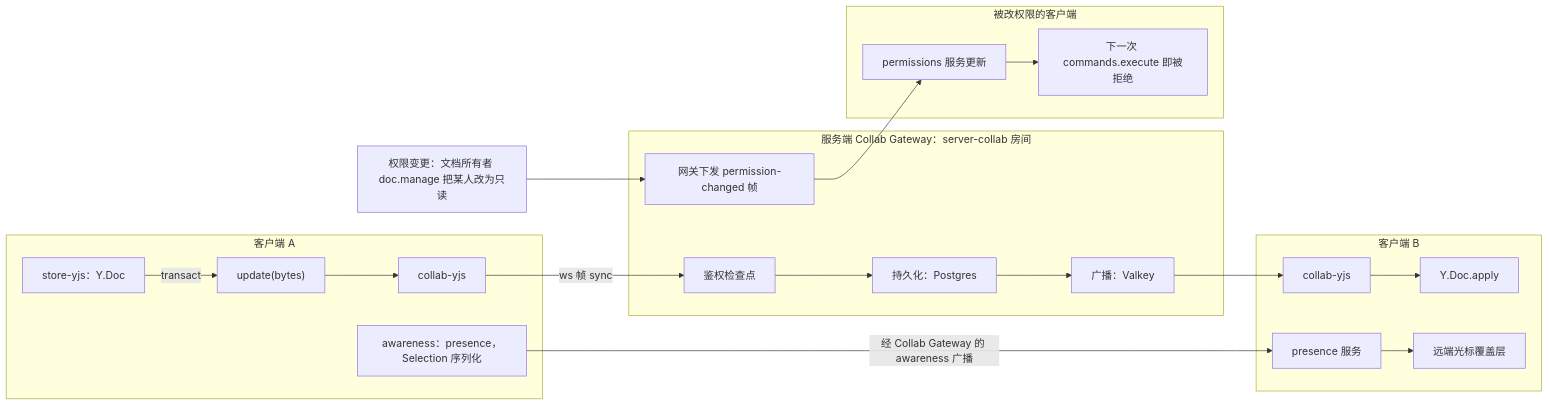
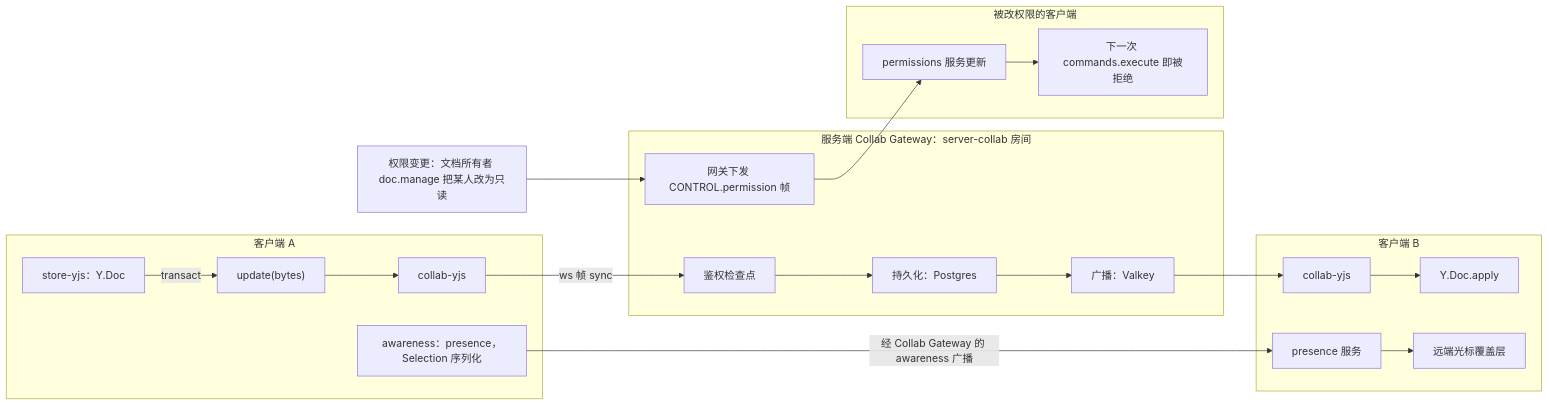
One commit to Xeonice/cordis-ppt-editor changed the eighth of 10 diagrams in docs/30-architecture/01-overview.md. Above: the diagram before and after it, drawn with Mermaid. The commit also changed other lines of this file and 79 other files, not shown here.

````diff
--- a/docs/30-architecture/01-overview.md
+++ b/docs/30-architecture/01-overview.md
@@ -236,31 +266,31 @@
 ```mermaid
 flowchart LR
   subgraph clientA["客户端 A"]
     aDoc["store-yjs：Y.Doc"]
     aUpdate["update#40;bytes#41;"]
     aCollab["collab-yjs"]
     aAware["awareness：presence，Selection 序列化"]
   end
   subgraph gw["服务端 Collab Gateway：server-collab 房间"]
     gAuth["鉴权检查点"]
     gPersist["持久化：Postgres"]
     gBroadcast["广播：Valkey"]
-    gPerm["网关下发 permission-changed 帧"]
+    gPerm["网关下发 CONTROL.permission 帧"]
   end
   subgraph clientB["客户端 B"]
     bCollab["collab-yjs"]
     bApply["Y.Doc.apply"]
     bPresence["presence 服务"]
     bCursor["远端光标覆盖层"]
   end
   subgraph permClient["被改权限的客户端"]
     permSvc["permissions 服务更新"]
     reject["下一次 commands.execute 即被拒绝"]
   end
   admin["权限变更：文档所有者 doc.manage 把某人改为只读"]
   aDoc -- "transact" --> aUpdate --> aCollab
   aCollab -- "ws 帧 sync" --> gAuth --> gPersist --> gBroadcast
   gBroadcast --> bCollab --> bApply
   aAware -- "经 Collab Gateway 的 awareness 广播" --> bPresence --> bCursor
   admin --> gPerm --> permSvc --> reject
 ```
````
